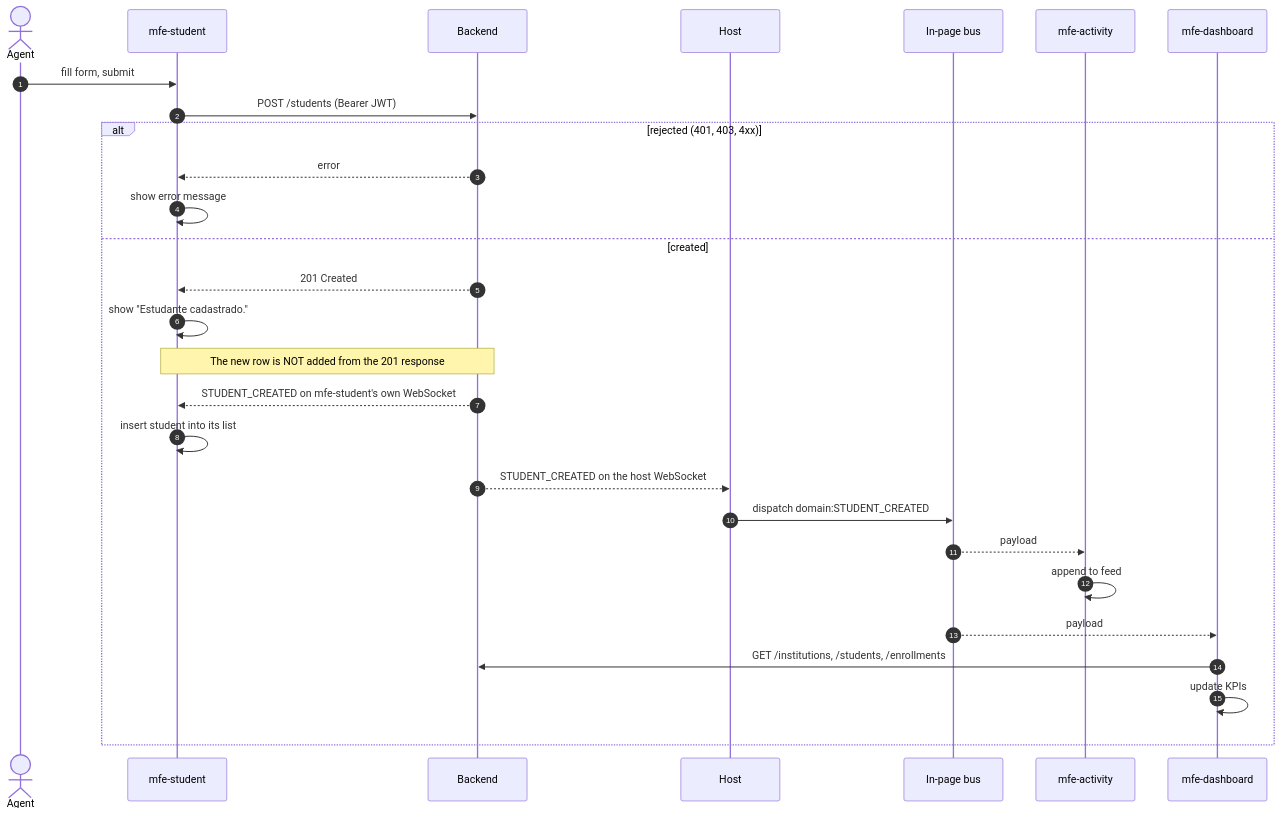
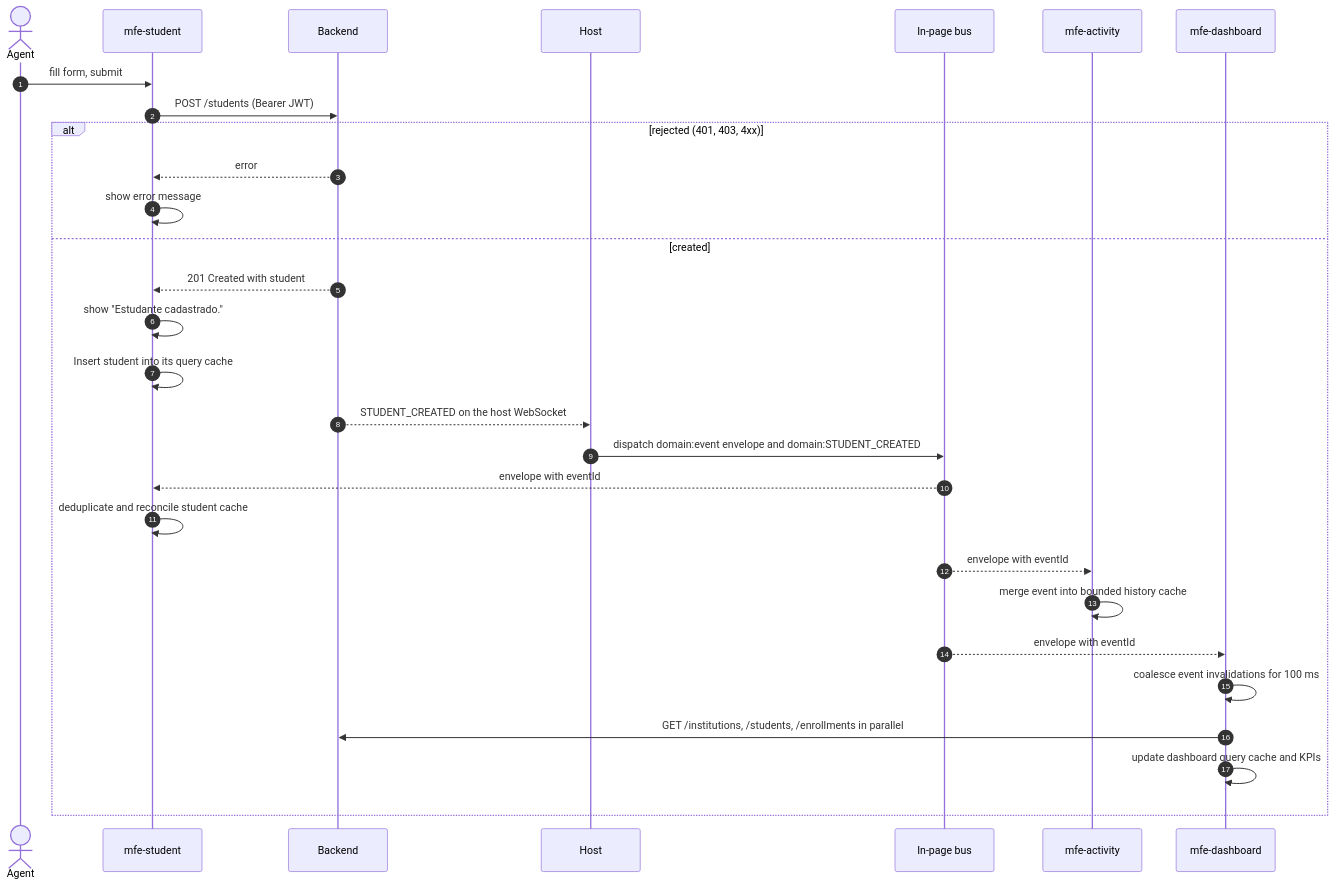
One commit to fidelis27/mfe-communication changed the fourth of 5 diagrams in docs/architecture.md. Above: the diagram before and after it, drawn with Mermaid. The commit also changed other lines of this file and 54 other files, not shown here.

````diff
--- a/docs/architecture.md
+++ b/docs/architecture.md
@@ -118,31 +127,32 @@
 ```mermaid
 sequenceDiagram
     autonumber
     actor U as Agent
     participant S as mfe-student
     participant API as Backend
     participant H as Host
     participant BUS as In-page bus
     participant A as mfe-activity
     participant D as mfe-dashboard
 
     U->>S: fill form, submit
     S->>API: POST /students (Bearer JWT)
     alt rejected (401, 403, 4xx)
         API-->>S: error
         S->>S: show error message
     else created
-        API-->>S: 201 Created
+        API-->>S: 201 Created with student
         S->>S: show "Estudante cadastrado."
-        Note over API,S: The new row is NOT added from the 201 response
-        API-->>S: STUDENT_CREATED on mfe-student's own WebSocket
-        S->>S: insert student into its list
+        S->>S: Insert student into its query cache
         API-->>H: STUDENT_CREATED on the host WebSocket
-        H->>BUS: dispatch domain:STUDENT_CREATED
-        BUS-->>A: payload
-        A->>A: append to feed
-        BUS-->>D: payload
-        D->>API: GET /institutions, /students, /enrollments
-        D->>D: update KPIs
+        H->>BUS: dispatch domain:event envelope and domain:STUDENT_CREATED
+        BUS-->>S: envelope with eventId
+        S->>S: deduplicate and reconcile student cache
+        BUS-->>A: envelope with eventId
+        A->>A: merge event into bounded history cache
+        BUS-->>D: envelope with eventId
+        D->>D: coalesce event invalidations for 100 ms
+        D->>API: GET /institutions, /students, /enrollments in parallel
+        D->>D: update dashboard query cache and KPIs
     end
 ```
````
